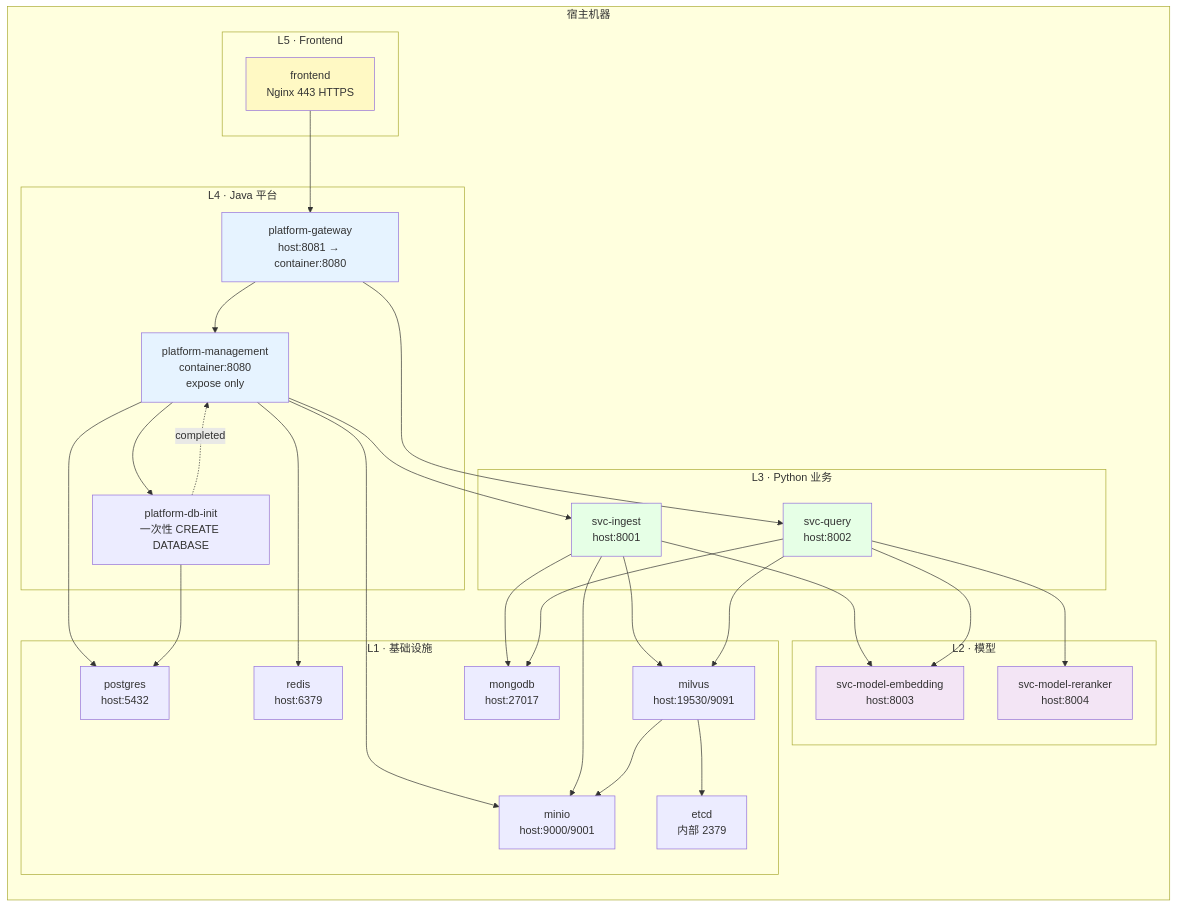
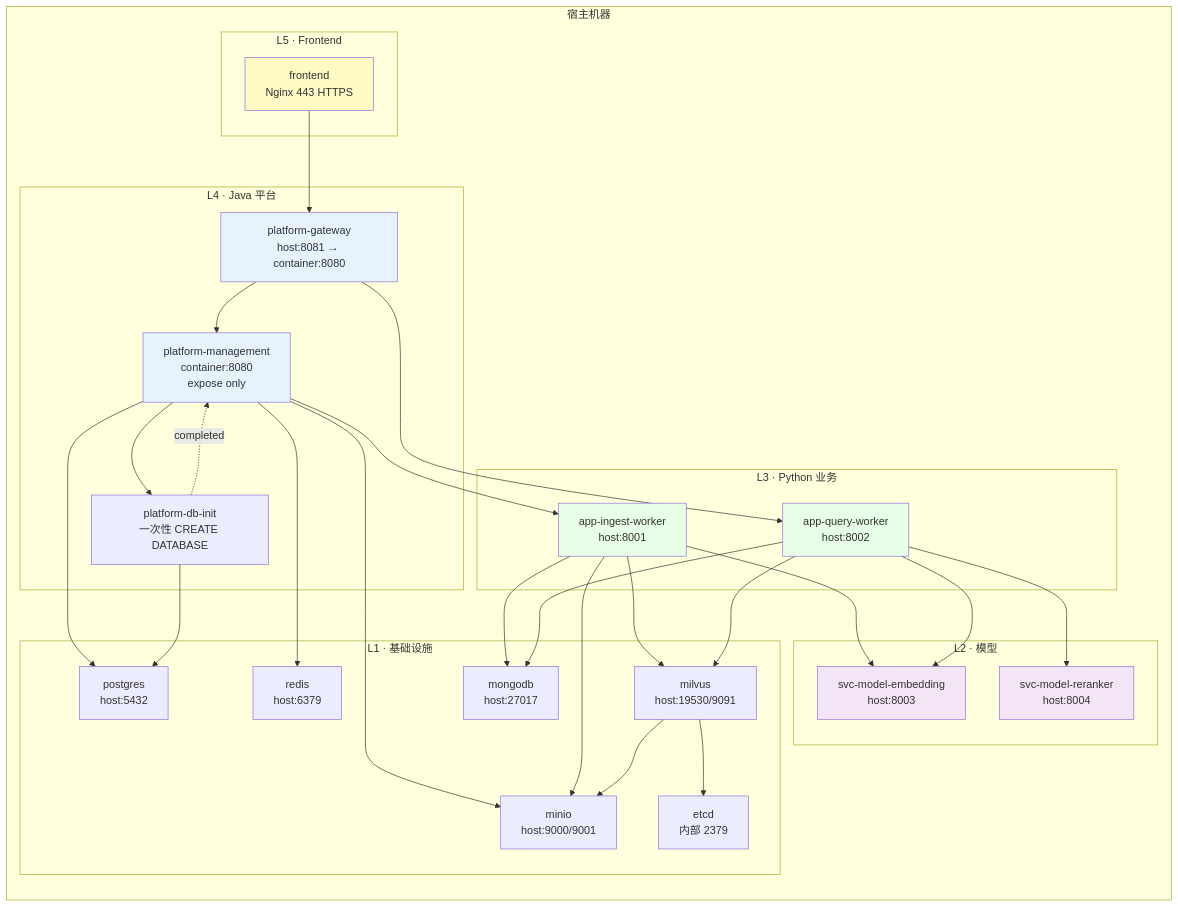
Before and after one commit to aiworld0927/aipaas: the second of 2 diagrams in docs/02_架构设计/04_部署架构.md, drawn with Mermaid. The commit also changed other lines of this file and 168 other files, not shown here.

Commit message:
ingest-worker  query-worker 重命名 app-ingest-worker、app-query-worker

````diff
--- a/docs/02_架构设计/04_部署架构.md
+++ b/docs/02_架构设计/04_部署架构.md
@@ -248,60 +248,60 @@
 ```mermaid
 graph TD
     subgraph Host["宿主机器"]
         direction TB
         subgraph L5["L5 · Frontend"]
             FE[frontend<br/>Nginx 443 HTTPS]
         end
         subgraph L4["L4 · Java 平台"]
             MG[platform-management<br/>container:8080<br/>expose only]
             GW[platform-gateway<br/>host:8081 → container:8080]
             DBINIT[platform-db-init<br/>一次性 CREATE DATABASE]
         end
         subgraph L3["L3 · Python 业务"]
-            INGEST[svc-ingest<br/>host:8001]
-            QUERY[svc-query<br/>host:8002]
+            INGEST[app-ingest-worker<br/>host:8001]
+            QUERY[app-query-worker<br/>host:8002]
         end
         subgraph L2["L2 · 模型"]
             EB[svc-model-embedding<br/>host:8003]
             RR[svc-model-reranker<br/>host:8004]
         end
         subgraph L1["L1 · 基础设施"]
             PG[postgres<br/>host:5432]
             RD[redis<br/>host:6379]
             ET[etcd<br/>内部 2379]
             MM[minio<br/>host:9000/9001]
             MV[milvus<br/>host:19530/9091]
             MGDB[mongodb<br/>host:27017]
         end
     end
 
     FE --> GW
     GW --> MG
     GW --> QUERY
     MG --> INGEST
     MG --> PG
     MG --> RD
     MG --> MM
     INGEST --> EB
     INGEST --> MM
     INGEST --> MV
     INGEST --> MGDB
     QUERY --> EB
     QUERY --> RR
     QUERY --> MV
     QUERY --> MGDB
 
     MV --> ET
     MV --> MM
     MG --> DBINIT
     DBINIT --> PG
     DBINIT -.completed.-> MG
 
     style FE fill:#fff9c4
     style GW fill:#e6f3ff
     style MG fill:#e6f3ff
     style INGEST fill:#e6ffe6
     style QUERY fill:#e6ffe6
     style EB fill:#f3e5f5
     style RR fill:#f3e5f5
 ```
````
